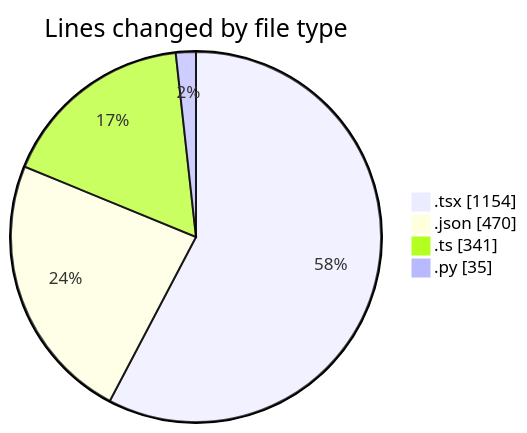
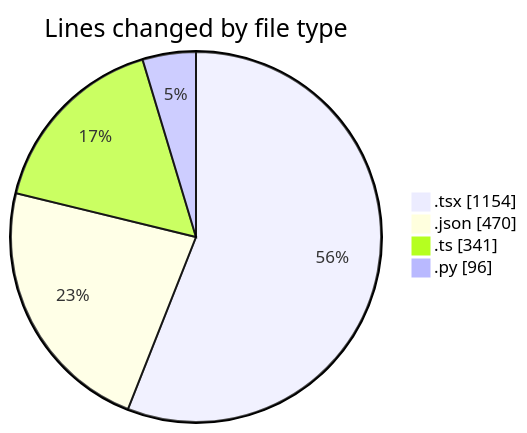
One commit to Elitesun/code-tracking changed the first of 2 diagrams in 2025-04-30/niten/README.md. Above: the diagram before and after it, drawn with Mermaid. The commit also changed other lines of this file and 1 other file, not shown here.

````diff
--- a/2025-04-30/niten/README.md
+++ b/2025-04-30/niten/README.md
@@ -48,8 +48,8 @@
 ```mermaid
 pie showData
 title Lines changed by file type
 ".tsx" : 1154
 ".json" : 470
 ".ts" : 341
-".py" : 35
+".py" : 96
 ```
````
